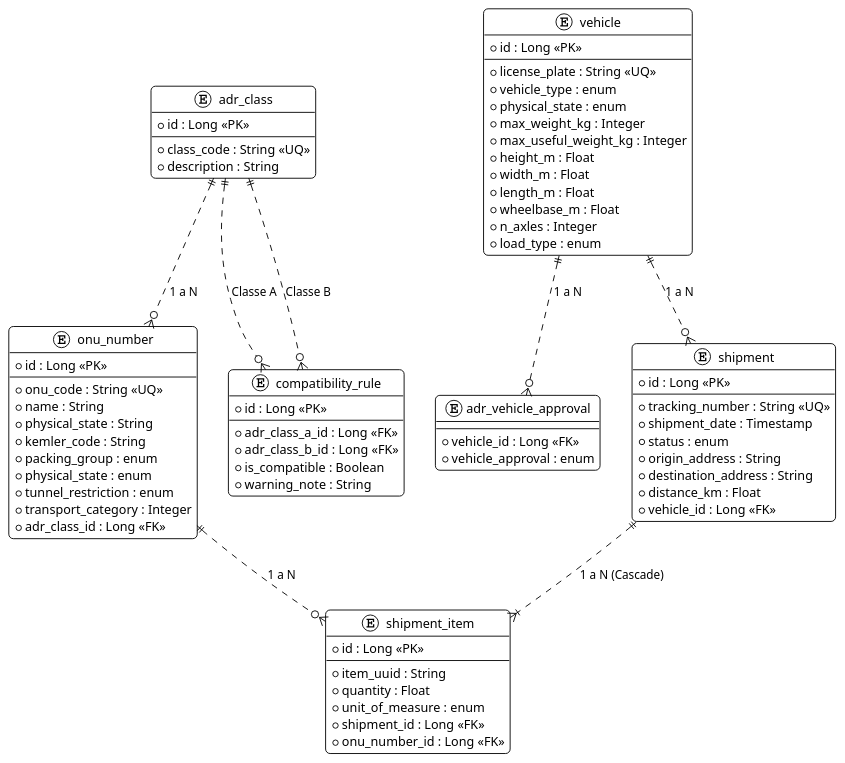
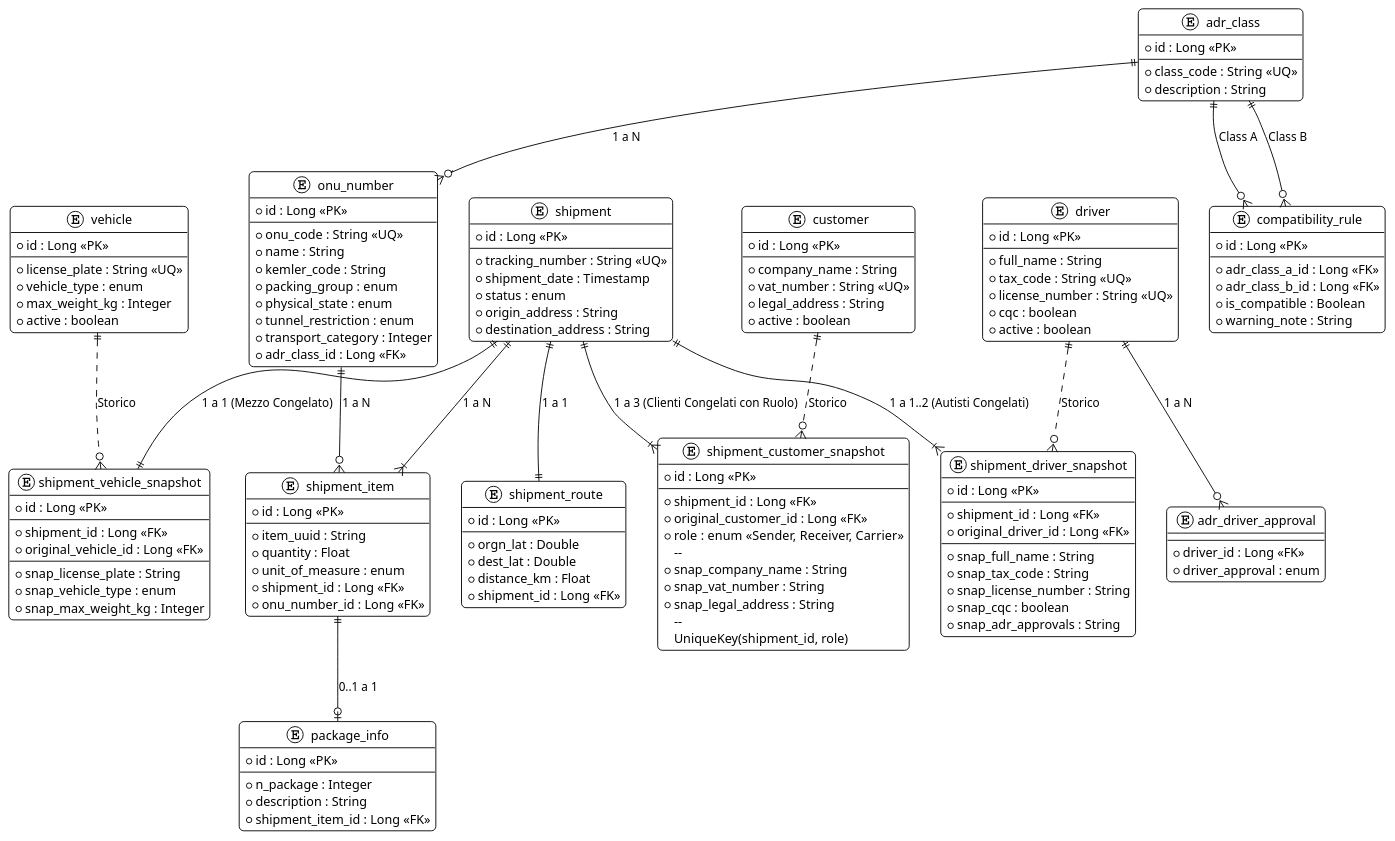
Before and after one commit to GiovanniVinciguerra/adrsentinel: the diagram in dev/er_schema.puml, drawn with PlantUML. The commit also changed 8 other files, not shown here.

```diff
--- a/dev/er_schema.puml
+++ b/dev/er_schema.puml
@@ -1,96 +1,179 @@
 @startuml
 
 !theme plain
 skinparam roundcorner 10
 skinparam class {
     BackgroundColor White
     ArrowColor Black
     BorderColor Black
 }
+
+' DOMINIO NORMATIVO (ADR / UN)
 
 entity "adr_class" as Classes {
   * id : Long <<PK>>
   --
   * class_code : String <<UQ>>
   * description : String
 }
 
 entity "onu_number" as UN {
   * id : Long <<PK>>
   --
   * onu_code : String <<UQ>>
   * name : String
-  * physical_state : String
   * kemler_code : String
   * packing_group : enum
   * physical_state : enum
   * tunnel_restriction : enum
   * transport_category : Integer
   * adr_class_id : Long <<FK>>
 }
 
 entity "compatibility_rule" as Rules {
   * id : Long <<PK>>
   --
   * adr_class_a_id : Long <<FK>>
   * adr_class_b_id : Long <<FK>>
   * is_compatible : Boolean
   * warning_note : String
 }
 
+' DOMINIO ANAGRAFICHE (Master Data - No FK Spedizioni)
+
 entity "vehicle" as Vehicles {
   * id : Long <<PK>>
   --
   * license_plate : String <<UQ>>
   * vehicle_type : enum
-  * physical_state : enum
   * max_weight_kg : Integer
-  * max_useful_weight_kg : Integer
-  * height_m : Float
-  * width_m : Float
-  * length_m : Float
-  * wheelbase_m : Float
-  * n_axles : Integer
-  * load_type : enum
+  * active : boolean
 }
 
-entity "adr_vehicle_approval" as Approval {
+entity "customer" as Customer {
+	* id : Long <<PK>>
 	--
-	* vehicle_id : Long <<FK>>
-	* vehicle_approval : enum
+	* company_name : String
+	* vat_number : String <<UQ>>
+	* legal_address : String
+    * active : boolean
 }
+
+entity "driver" as Driver {
+	* id : Long <<PK>>
+	--
+	* full_name : String
+	* tax_code : String <<UQ>>
+	* license_number : String <<UQ>>
+	* cqc : boolean
+	* active : boolean
+}
+
+entity "adr_driver_approval" as DriverApproval {
+	--
+	* driver_id : Long <<FK>>
+	* driver_approval : enum
+}
+
+' DOMINIO TRANSAZIONALE (La Spedizione)
 
 entity "shipment" as Shipments {
   * id : Long <<PK>>
   --
   * tracking_number : String <<UQ>>
   * shipment_date : Timestamp
   * status : enum
   * origin_address : String
   * destination_address : String
-  * distance_km : Float
-  * vehicle_id : Long <<FK>>
 }
 
 entity "shipment_item" as Items {
   * id : Long <<PK>>
   --
   * item_uuid : String
   * quantity : Float
   * unit_of_measure : enum
   * shipment_id : Long <<FK>>
   * onu_number_id : Long <<FK>>
 }
 
-' Relazioni Dominio Normativo
-Classes ||..o{ UN : "1 a N"
-Classes ||..o{ Rules : "Classe A"
-Classes ||..o{ Rules : "Classe B"
+entity "package_info" as PackageInfo {
+	* id : Long <<PK>>
+	--
+	* n_package : Integer
+	* description : String
+	* shipment_item_id : Long <<FK>>
+}
 
-' Relazioni Dominio Logistico
-Vehicles ||..o{ Shipments : "1 a N"
-Vehicles ||..o{ Approval: "1 a N"
-Shipments ||..|{ Items : "1 a N (Cascade)"
-UN ||..o{ Items : "1 a N"
+entity "shipment_route" as ShipmentRoute {
+	* id : Long <<PK>>
+	--
+	* orgn_lat : Double
+	* dest_lat : Double
+	* distance_km : Float
+	* shipment_id : Long <<FK>>
+}
+
+' DOMINIO SNAPSHOT LEGALI (Shadow Tables / Join Tables)
+
+entity "shipment_vehicle_snapshot" as VehicleSnapshot {
+    * id : Long <<PK>>
+	--
+	* shipment_id : Long <<FK>>
+    * original_vehicle_id : Long <<FK>>
+    --
+	* snap_license_plate : String
+	* snap_vehicle_type : enum
+	* snap_max_weight_kg : Integer
+}
+
+entity "shipment_driver_snapshot" as DriverSnapshot {
+    * id : Long <<PK>>
+	--
+	* shipment_id : Long <<FK>>
+    * original_driver_id : Long <<FK>>
+    --
+	* snap_full_name : String
+	* snap_tax_code : String 
+	* snap_license_number : String
+	* snap_cqc : boolean
+    * snap_adr_approvals : String
+}
+
+entity "shipment_customer_snapshot" as CustomerSnapshot {
+	* id : Long <<PK>>
+	--
+	* shipment_id : Long <<FK>>
+    * original_customer_id : Long <<FK>>
+    * role : enum <<Sender, Receiver, Carrier>>
+    --
+	* snap_company_name : String
+	* snap_vat_number : String
+	* snap_legal_address : String
+    --
+    UniqueKey(shipment_id, role)
+}
+
+' RELAZIONI
+
+Classes ||--o{ UN : "1 a N"
+Classes ||--o{ Rules : "Class A"
+Classes ||--o{ Rules : "Class B"
+
+Shipments ||--|{ Items : "1 a N"
+UN ||--o{ Items : "1 a N"
+Shipments ||--|| ShipmentRoute : "1 a 1"
+Items ||--o| PackageInfo : "0..1 a 1"
+Driver ||--o{ DriverApproval : "1 a N"
+
+' Relazioni Anagrafiche -> Snapshot (Uno a Molti Storico)
+Vehicles ||..o{ VehicleSnapshot : "Storico"
+Driver ||..o{ DriverSnapshot : "Storico"
+Customer ||..o{ CustomerSnapshot : "Storico"
+
+' Relazioni Spedizione -> Snapshot (Il "Congelamento")
+Shipments ||--|| VehicleSnapshot : "1 a 1 (Mezzo Congelato)"
+Shipments ||--|{ DriverSnapshot : "1 a 1..2 (Autisti Congelati)"
+Shipments ||--|{ CustomerSnapshot : "1 a 3 (Clienti Congelati con Ruolo)"
 
 @enduml
```
